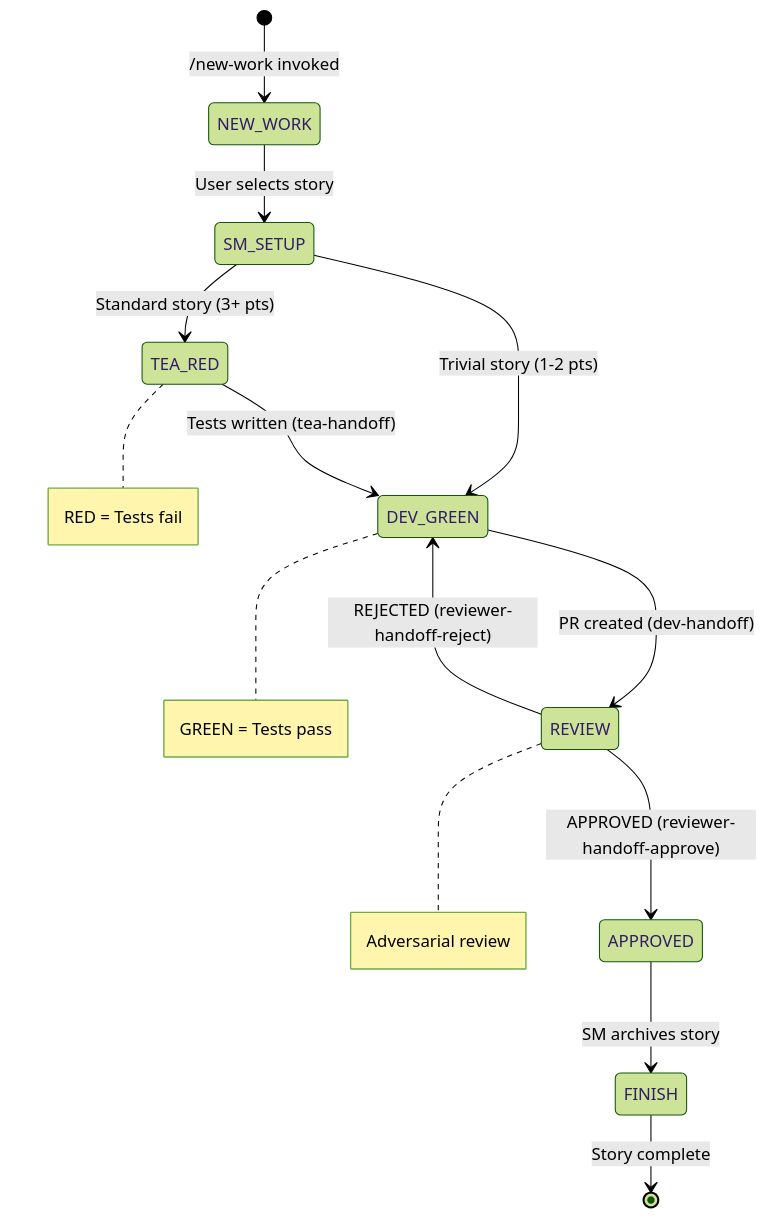
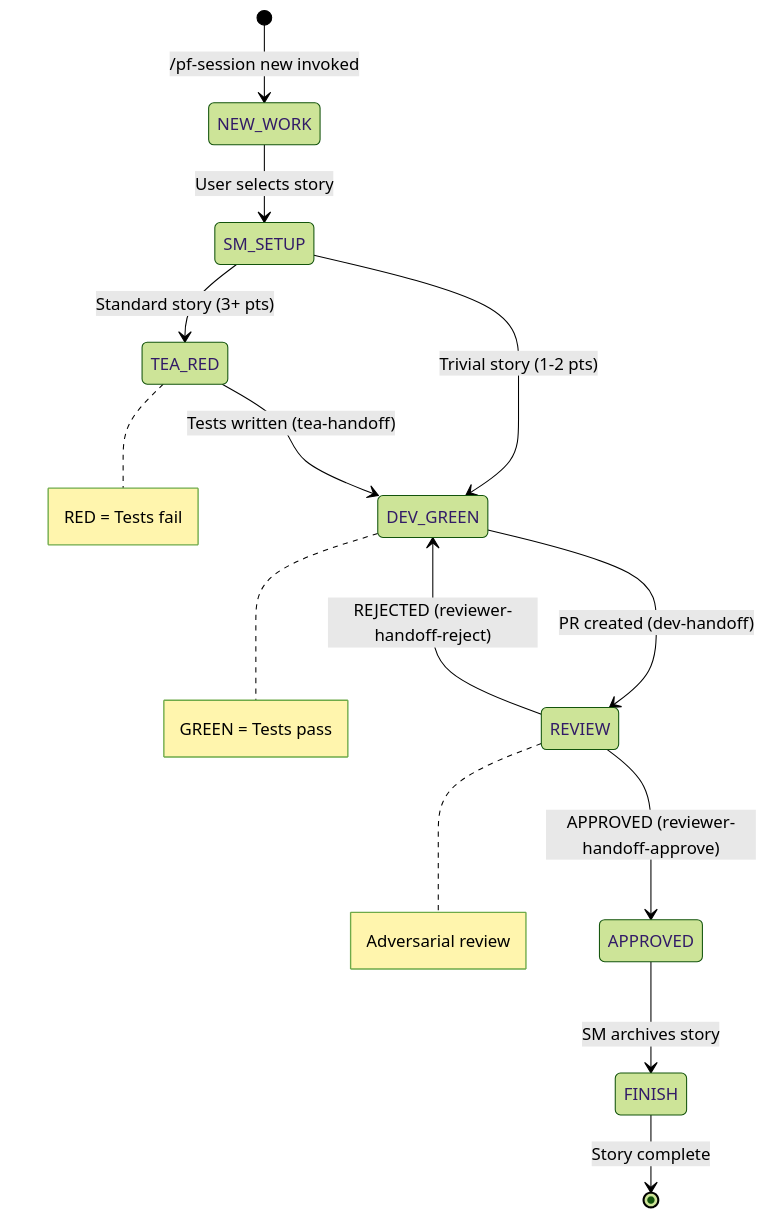
The diagram in pennyfarthing-dist/guides/patterns/tdd-flow-pattern.md (slabgorb/pennyfarthing), drawn with Mermaid (forest theme) before and after one commit. The commit also changed other lines of this file and 56 other files, not shown here.

````diff
--- a/pennyfarthing-dist/guides/patterns/tdd-flow-pattern.md
+++ b/pennyfarthing-dist/guides/patterns/tdd-flow-pattern.md
@@ -37,21 +37,21 @@
 ```mermaid
 stateDiagram-v2
-    [*] --> NEW_WORK: /new-work invoked
+    [*] --> NEW_WORK: /pf-session new invoked
 
     NEW_WORK --> SM_SETUP: User selects story
     SM_SETUP --> TEA_RED: Standard story (3+ pts)
     SM_SETUP --> DEV_GREEN: Trivial story (1-2 pts)
 
     TEA_RED --> DEV_GREEN: Tests written (tea-handoff)
     DEV_GREEN --> REVIEW: PR created (dev-handoff)
 
     REVIEW --> DEV_GREEN: REJECTED (reviewer-handoff-reject)
     REVIEW --> APPROVED: APPROVED (reviewer-handoff-approve)
 
     APPROVED --> FINISH: SM archives story
     FINISH --> [*]: Story complete
 
     note right of TEA_RED: RED = Tests fail
     note right of DEV_GREEN: GREEN = Tests pass
     note right of REVIEW: Adversarial review
 ```
````
